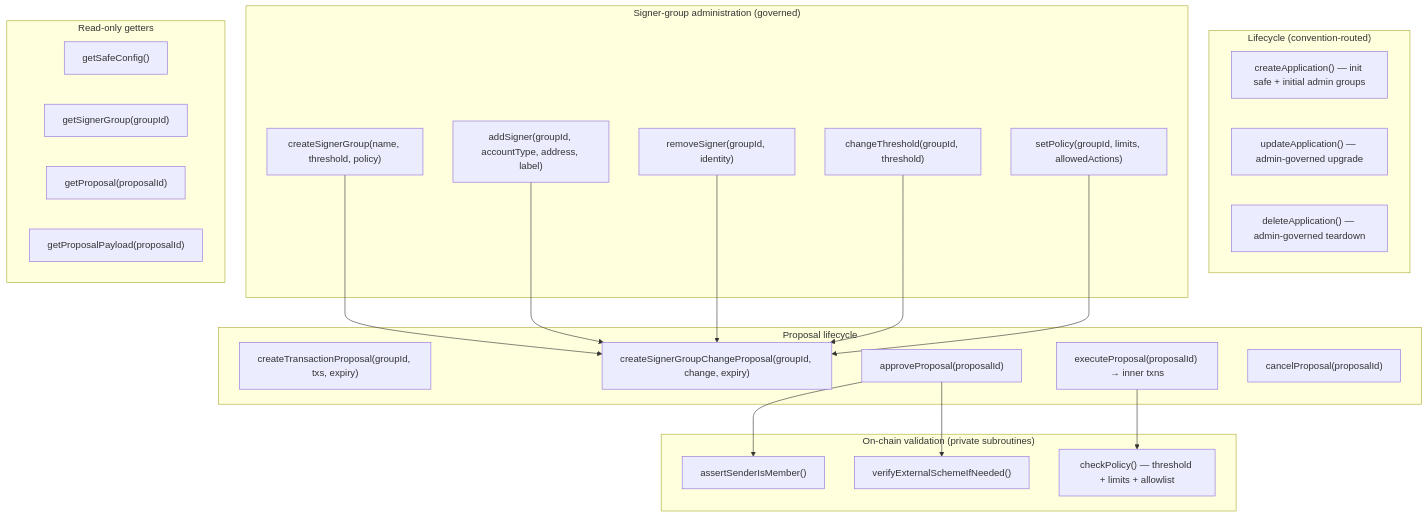
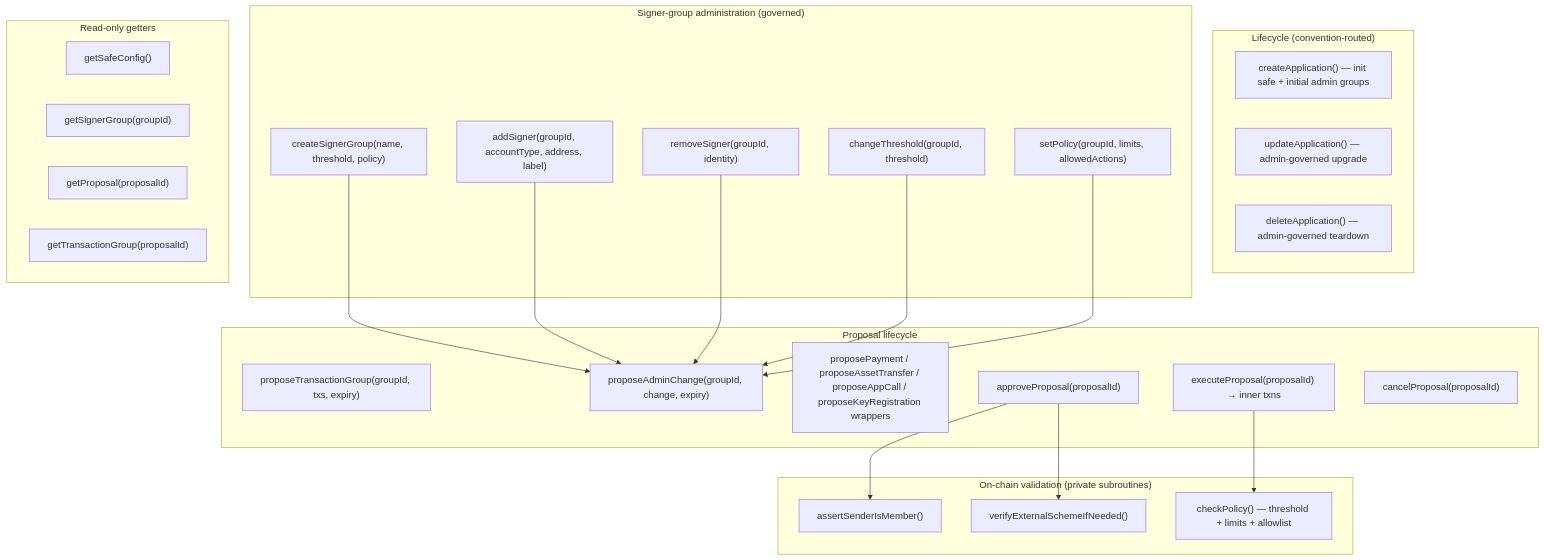
One commit to ludovit-scholtz/algo-safe changed the sixth of 8 diagrams in PRODUCT-DESCRIPTION.md. Above: the diagram before and after it, drawn with Mermaid. The commit also changed other lines of this file and 7 other files, not shown here.

````diff
--- a/PRODUCT-DESCRIPTION.md
+++ b/PRODUCT-DESCRIPTION.md
@@ -546,46 +522,47 @@
 ```mermaid
 flowchart TB
     subgraph Lifecycle["Lifecycle (convention-routed)"]
         C1["createApplication() — init safe + initial admin groups"]
         C2["updateApplication() — admin-governed upgrade"]
         C3["deleteApplication() — admin-governed teardown"]
     end
 
     subgraph Admin["Signer-group administration (governed)"]
         A1["createSignerGroup(name, threshold, policy)"]
         A2["addSigner(groupId, accountType, address, label)"]
         A3["removeSigner(groupId, identity)"]
         A4["changeThreshold(groupId, threshold)"]
         A5["setPolicy(groupId, limits, allowedActions)"]
     end
 
     subgraph Proposals["Proposal lifecycle"]
-        P1["createTransactionProposal(groupId, txs, expiry)"]
-        P1A["createSignerGroupChangeProposal(groupId, change, expiry)"]
+        P1["proposeTransactionGroup(groupId, txs, expiry)"]
+        P1A["proposeAdminChange(groupId, change, expiry)"]
+        P1B["proposePayment / proposeAssetTransfer / proposeAppCall / proposeKeyRegistration wrappers"]
         P2["approveProposal(proposalId)"]
         P3["executeProposal(proposalId) → inner txns"]
         P4["cancelProposal(proposalId)"]
     end
 
     subgraph Verify["On-chain validation (private subroutines)"]
         V1["assertSenderIsMember()"]
         V2["verifyExternalSchemeIfNeeded()"]
         V3["checkPolicy() — threshold + limits + allowlist"]
     end
 
     subgraph Reads["Read-only getters"]
         R1["getSafeConfig()"]
         R2["getSignerGroup(groupId)"]
         R3["getProposal(proposalId)"]
-        R4["getProposalPayload(proposalId)"]
+        R4["getTransactionGroup(proposalId)"]
     end
 
     P2 --> V1
     P2 --> V2
     P3 --> V3
     A1 --> P1A
     A2 --> P1A
     A3 --> P1A
     A4 --> P1A
     A5 --> P1A
 ```
````
